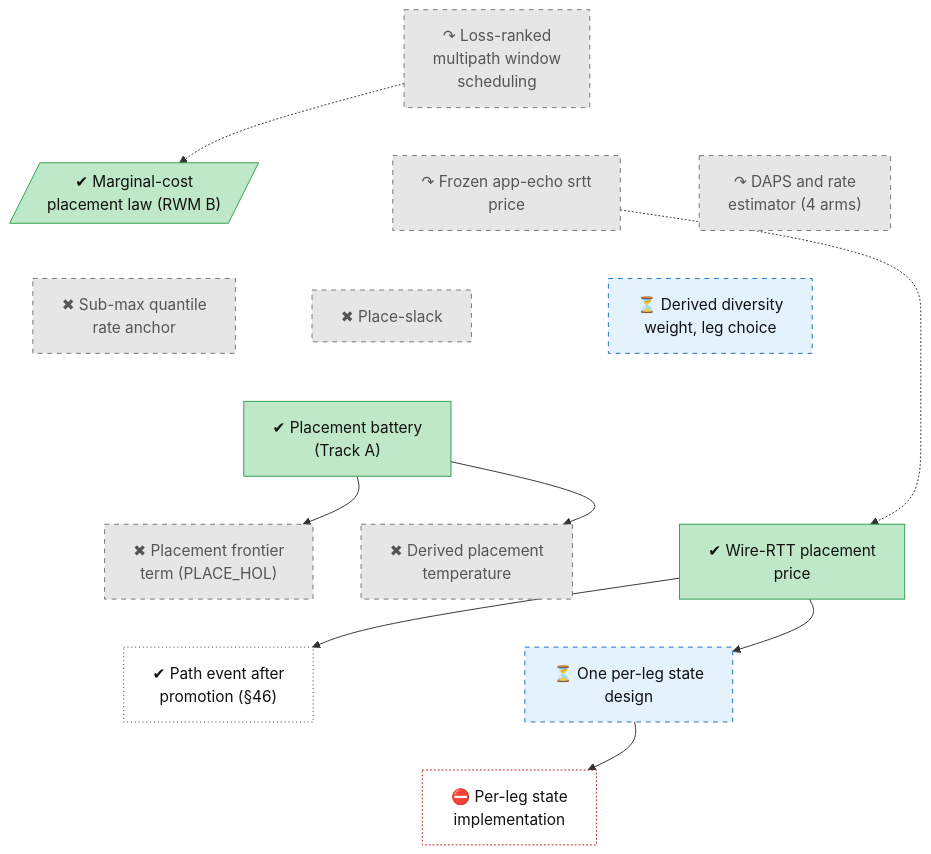
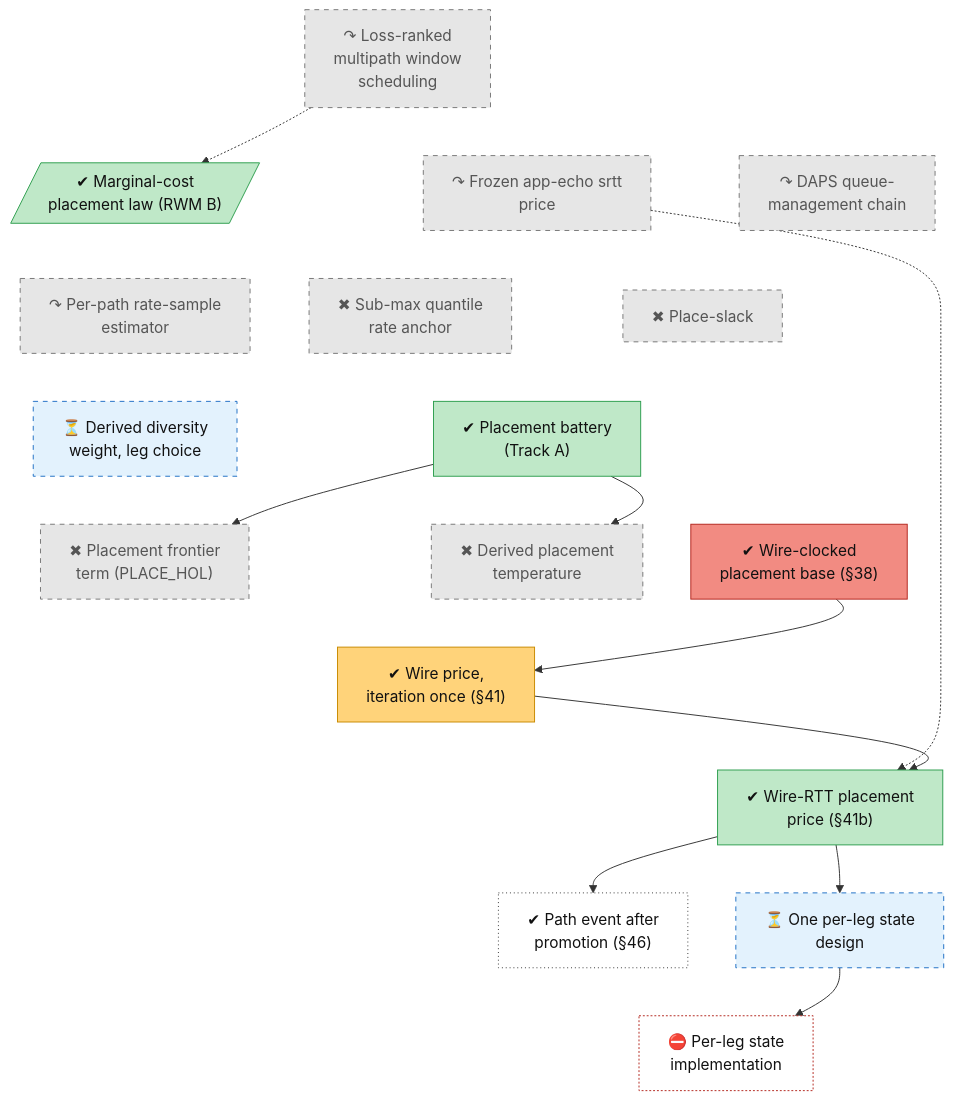
The diagram in docs/roadmap/tracks/place.md (lhns/raptorpath), drawn with Mermaid before and after one commit. The commit also changed other lines of this file and 14 other files, not shown here.

First line of the commit message:
roadmap: §58-§60 up to date; family nodes split per experiment

````diff
--- a/docs/roadmap/tracks/place.md
+++ b/docs/roadmap/tracks/place.md
@@ -10,59 +10,69 @@
 ```mermaid
 flowchart TB
     place_early_window_sched["↷ Loss-ranked<br/>multipath window<br/>scheduling"]
     place_marginal_cost[/"✔ Marginal-cost<br/>placement law (RWM B)"/]
     place_frozen_echo["↷ Frozen app-echo srtt<br/>price"]
-    place_daps["↷ DAPS and rate<br/>estimator (4 arms)"]
+    place_daps["↷ DAPS queue-<br/>management chain"]
+    place_rate_sample["↷ Per-path rate-sample<br/>estimator"]
     place_submax_anchor["✖ Sub-max quantile<br/>rate anchor"]
     place_slack["✖ Place-slack"]
     place_wdiv["⏳ Derived diversity<br/>weight, leg choice"]
     place_stage2_battery["✔ Placement battery<br/>(Track A)"]
     place_hol["✖ Placement frontier<br/>term (PLACE_HOL)"]
     place_t_derived["✖ Derived placement<br/>temperature"]
-    place_wire_price["✔ Wire-RTT placement<br/>price"]
+    place_s38_wire["✔ Wire-clocked<br/>placement base (#167;38)"]
+    place_s41_iteration["✔ Wire price,<br/>iteration once (#167;41)"]
+    place_wire_price["✔ Wire-RTT placement<br/>price (#167;41b)"]
     place_path_event["✔ Path event after<br/>promotion (#167;46)"]
     place_per_leg_state["⏳ One per-leg state<br/>design"]
     place_per_leg_impl["⛔ Per-leg state<br/>implementation"]
     place_early_window_sched ~~~ place_marginal_cost
     place_early_window_sched ~~~ place_frozen_echo
     place_early_window_sched ~~~ place_daps
-    place_marginal_cost ~~~ place_submax_anchor
-    place_frozen_echo ~~~ place_slack
-    place_daps ~~~ place_wdiv
+    place_marginal_cost ~~~ place_rate_sample
+    place_frozen_echo ~~~ place_submax_anchor
+    place_daps ~~~ place_slack
+    place_rate_sample ~~~ place_wdiv
     place_submax_anchor ~~~ place_stage2_battery
     place_slack ~~~ place_stage2_battery
-    place_wdiv ~~~ place_stage2_battery
-    place_stage2_battery ~~~ place_hol
+    place_wdiv ~~~ place_hol
     place_stage2_battery ~~~ place_t_derived
-    place_stage2_battery ~~~ place_wire_price
-    place_hol ~~~ place_path_event
-    place_t_derived ~~~ place_per_leg_state
+    place_stage2_battery ~~~ place_s38_wire
+    place_hol ~~~ place_s41_iteration
+    place_t_derived ~~~ place_s41_iteration
+    place_s38_wire ~~~ place_s41_iteration
+    place_s41_iteration ~~~ place_wire_price
+    place_wire_price ~~~ place_path_event
     place_wire_price ~~~ place_per_leg_state
     place_path_event ~~~ place_per_leg_impl
     place_per_leg_state ~~~ place_per_leg_impl
     place_early_window_sched -.-> place_marginal_cost
     place_frozen_echo -.-> place_wire_price
     place_stage2_battery --> place_hol
     place_stage2_battery --> place_t_derived
+    place_s38_wire --> place_s41_iteration
+    place_s41_iteration --> place_wire_price
     place_wire_price --> place_path_event
     place_wire_price --> place_per_leg_state
     place_per_leg_state --> place_per_leg_impl
     classDef vsucc fill:#2e9e4f,stroke:#1b6b34,color:#fff
     classDef succ fill:#bfe8c8,stroke:#2e9e4f,color:#111
     classDef mixed fill:#ffd37a,stroke:#c98a00,color:#111
     classDef bad fill:#f28b82,stroke:#b3261e,color:#111
     classDef dead fill:#e6e6e6,stroke:#777,stroke-dasharray:5 5,color:#555
     classDef inprog fill:#a8cdf5,stroke:#1f6fc5,color:#111
     classDef next fill:#fff,stroke:#333,color:#111
     classDef blocked fill:#fff,stroke:#b3261e,stroke-dasharray:2 2,color:#111
     classDef parked fill:#f3f3f3,stroke:#999,color:#555
     classDef unrated fill:#fff,stroke:#333,stroke-dasharray:1 3,color:#111
     classDef userdec fill:#d9c2f0,stroke:#7b3fb5,color:#111
     classDef defect fill:#ffe0b2,stroke:#d84315,stroke-width:2px,color:#111
     classDef waiting fill:#e3f2fd,stroke:#1f6fc5,stroke-dasharray:5 5,color:#111
-    class place_early_window_sched,place_frozen_echo,place_daps,place_submax_anchor,place_slack,place_hol,place_t_derived dead
+    class place_early_window_sched,place_frozen_echo,place_daps,place_rate_sample,place_submax_anchor,place_slack,place_hol,place_t_derived dead
     class place_marginal_cost,place_stage2_battery,place_wire_price succ
     class place_wdiv,place_per_leg_state waiting
+    class place_s38_wire bad
+    class place_s41_iteration mixed
     class place_path_event unrated
     class place_per_leg_impl blocked
 ```
````
